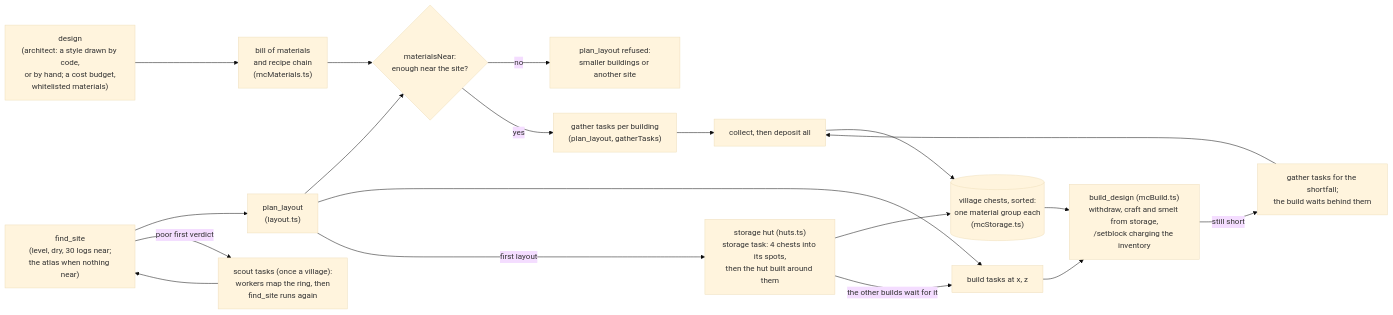
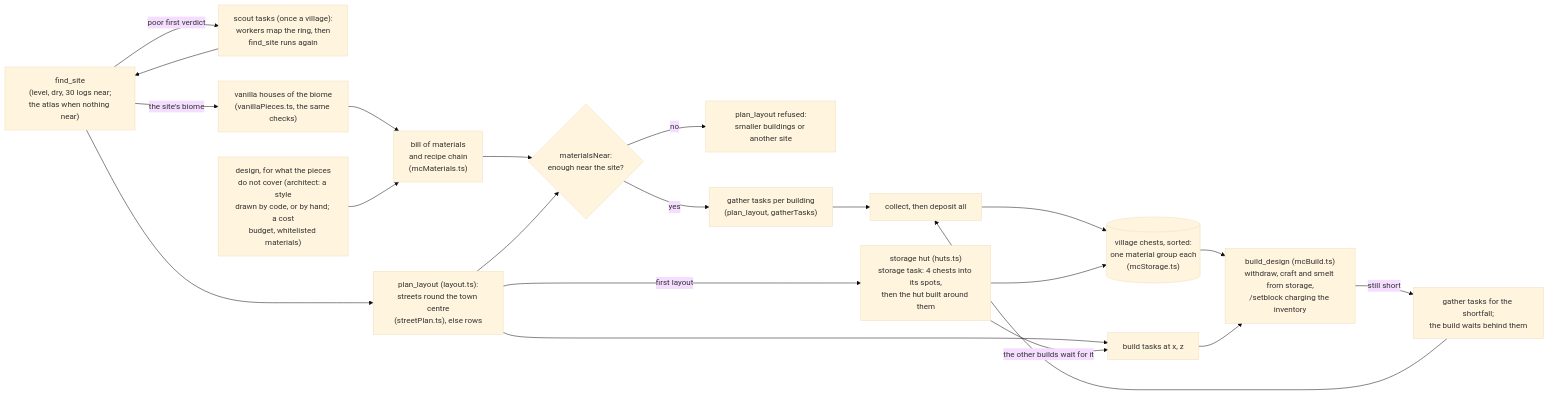
Diagram 15 of 16 in docs/ARCHITECTURE.md (delphium226/MCAISandbox), drawn with Mermaid (base theme) before and after one commit. The commit also changed other lines of this file and 3 other files, not shown here.

````diff
--- a/docs/ARCHITECTURE.md
+++ b/docs/ARCHITECTURE.md
@@ -625,20 +737,21 @@
 ```mermaid
 flowchart LR
   site["find_site<br/>(level, dry, 30 logs near;<br/>the atlas when nothing near)"] --> layout
   site -- "poor first verdict" --> scout["scout tasks (once a village):<br/>workers map the ring, then<br/>find_site runs again"] --> site
-  design["design<br/>(architect: a style drawn by code,<br/>or by hand; a cost budget,<br/>whitelisted materials)"] --> bom["bill of materials<br/>and recipe chain<br/>(mcMaterials.ts)"]
+  site -- "the site's biome" --> vanilla["vanilla houses of the biome<br/>(vanillaPieces.ts, the same checks)"] --> bom
+  design["design, for what the pieces<br/>do not cover (architect: a style<br/>drawn by code, or by hand; a cost<br/>budget, whitelisted materials)"] --> bom["bill of materials<br/>and recipe chain<br/>(mcMaterials.ts)"]
   bom --> near{"materialsNear:<br/>enough near the site?"}
   near -- no --> refuse["plan_layout refused:<br/>smaller buildings or another site"]
   near -- yes --> tasks["gather tasks per building<br/>(plan_layout, gatherTasks)"]
-  layout["plan_layout<br/>(layout.ts)"] --> near
+  layout["plan_layout (layout.ts):<br/>streets round the town centre<br/>(streetPlan.ts), else rows"] --> near
   layout --> buildtask["build tasks at x, z"]
   tasks --> collect["collect, then deposit all"]
   collect --> storage[("village chests, sorted:<br/>one material group each<br/>(mcStorage.ts)")]
   layout -- "first layout" --> hut["storage hut (huts.ts)<br/>storage task: 4 chests into its spots,<br/>then the hut built around them"]
   hut --> storage
   hut -- "the other builds wait for it" --> buildtask
   storage --> build["build_design (mcBuild.ts)<br/>withdraw, craft and smelt from storage,<br/>/setblock charging the inventory"]
   buildtask --> build
   build -- "still short" --> requeue["gather tasks for the shortfall;<br/>the build waits behind them"]
   requeue --> collect
 ```
````
